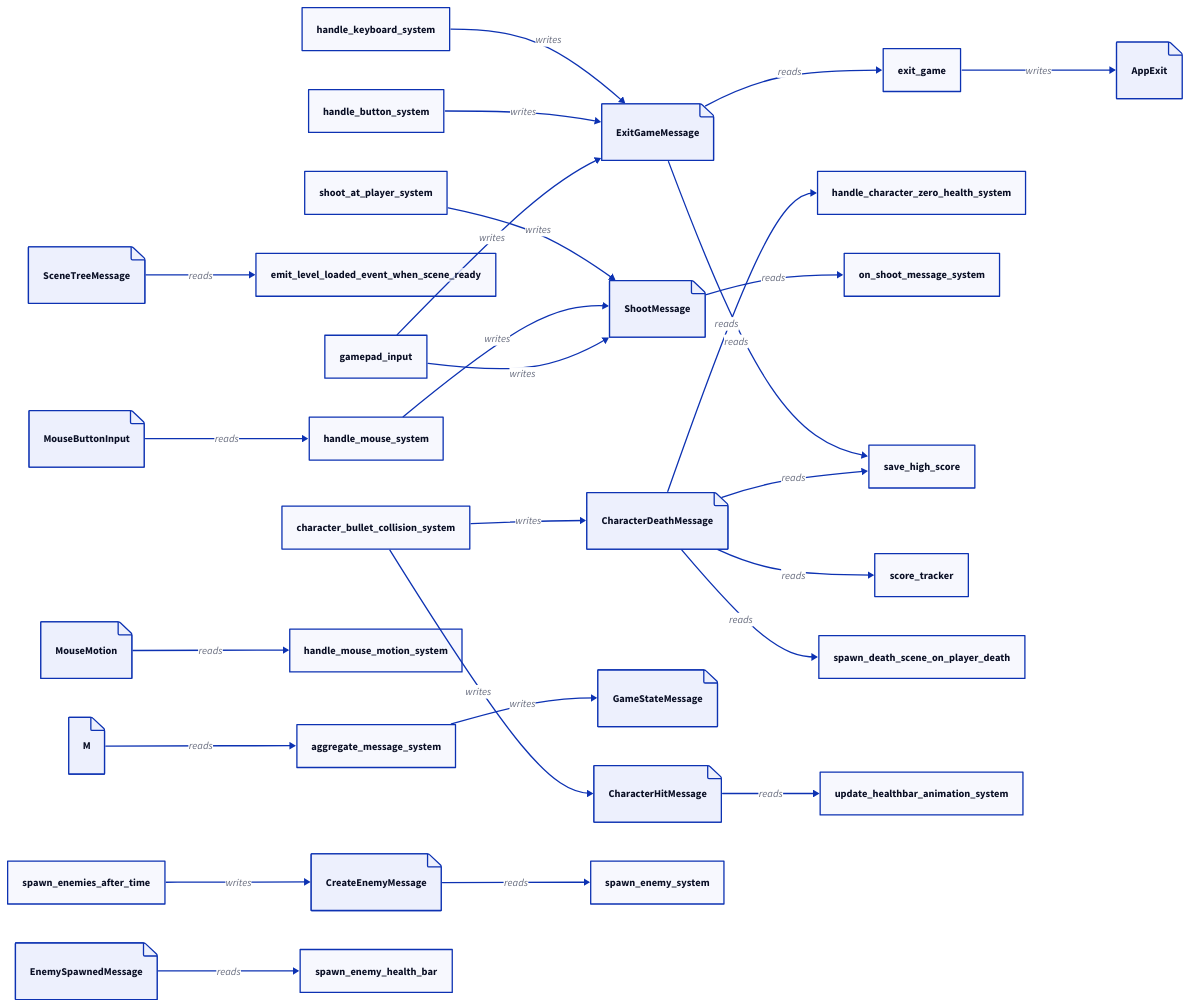
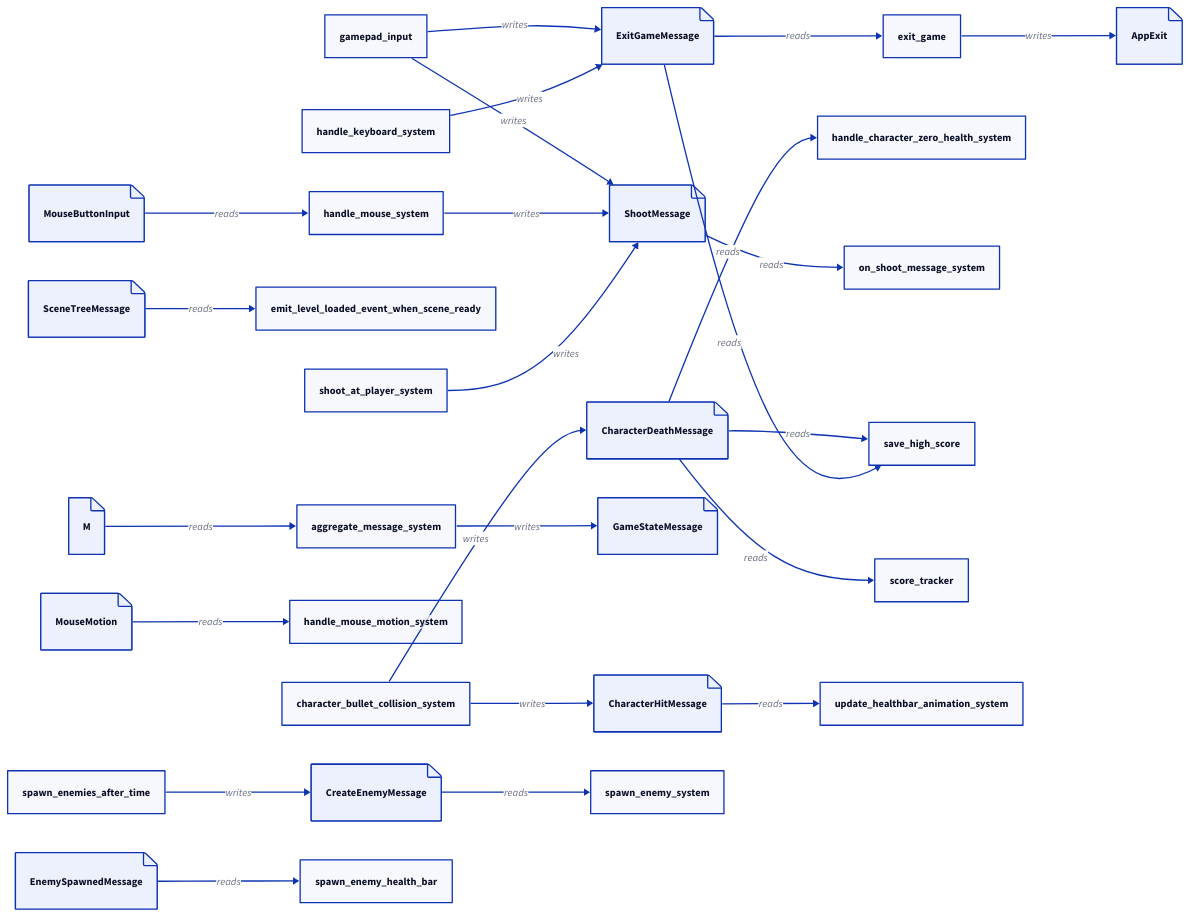
One commit to edizeqiri/BulletsOnWheels changed the diagram in docs/messages.d2. Above: the diagram before and after it, drawn with D2. The commit also changed 5 other files, not shown here.

Commit message:
chore: regenerate architecture diagrams

```diff
--- a/docs/messages.d2
+++ b/docs/messages.d2
@@ -1,60 +1,56 @@
 direction: right
 
 "AppExit": { shape: page }
 "CharacterDeathMessage": { shape: page }
 "CharacterHitMessage": { shape: page }
 "CreateEnemyMessage": { shape: page }
 "EnemySpawnedMessage": { shape: page }
 "ExitGameMessage": { shape: page }
 "GameStateMessage": { shape: page }
 "M": { shape: page }
 "MouseButtonInput": { shape: page }
 "MouseMotion": { shape: page }
 "SceneTreeMessage": { shape: page }
 "ShootMessage": { shape: page }
 
 "aggregate_message_system": { shape: rectangle }
 "character_bullet_collision_system": { shape: rectangle }
 "emit_level_loaded_event_when_scene_ready": { shape: rectangle }
 "exit_game": { shape: rectangle }
 "gamepad_input": { shape: rectangle }
-"handle_button_system": { shape: rectangle }
 "handle_character_zero_health_system": { shape: rectangle }
 "handle_keyboard_system": { shape: rectangle }
 "handle_mouse_motion_system": { shape: rectangle }
 "handle_mouse_system": { shape: rectangle }
 "on_shoot_message_system": { shape: rectangle }
 "save_high_score": { shape: rectangle }
 "score_tracker": { shape: rectangle }
 "shoot_at_player_system": { shape: rectangle }
-"spawn_death_scene_on_player_death": { shape: rectangle }
 "spawn_enemies_after_time": { shape: rectangle }
 "spawn_enemy_health_bar": { shape: rectangle }
 "spawn_enemy_system": { shape: rectangle }
 "update_healthbar_animation_system": { shape: rectangle }
 
 "M" -> "aggregate_message_system": reads
 "aggregate_message_system" -> "GameStateMessage": writes
 "character_bullet_collision_system" -> "CharacterDeathMessage": writes
 "character_bullet_collision_system" -> "CharacterHitMessage": writes
 "SceneTreeMessage" -> "emit_level_loaded_event_when_scene_ready": reads
 "ExitGameMessage" -> "exit_game": reads
 "exit_game" -> "AppExit": writes
 "gamepad_input" -> "ExitGameMessage": writes
 "gamepad_input" -> "ShootMessage": writes
-"handle_button_system" -> "ExitGameMessage": writes
 "CharacterDeathMessage" -> "handle_character_zero_health_system": reads
 "handle_keyboard_system" -> "ExitGameMessage": writes
 "MouseMotion" -> "handle_mouse_motion_system": reads
 "MouseButtonInput" -> "handle_mouse_system": reads
 "handle_mouse_system" -> "ShootMessage": writes
 "ShootMessage" -> "on_shoot_message_system": reads
 "CharacterDeathMessage" -> "save_high_score": reads
 "ExitGameMessage" -> "save_high_score": reads
 "CharacterDeathMessage" -> "score_tracker": reads
 "shoot_at_player_system" -> "ShootMessage": writes
-"CharacterDeathMessage" -> "spawn_death_scene_on_player_death": reads
 "spawn_enemies_after_time" -> "CreateEnemyMessage": writes
 "EnemySpawnedMessage" -> "spawn_enemy_health_bar": reads
 "CreateEnemyMessage" -> "spawn_enemy_system": reads
 "CharacterHitMessage" -> "update_healthbar_animation_system": reads
```
